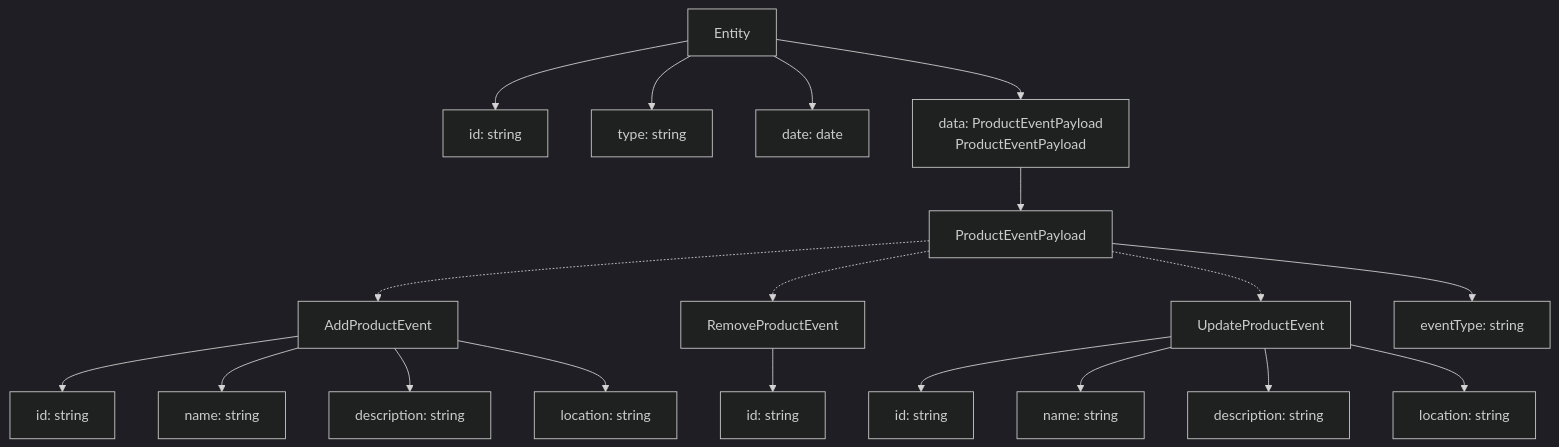
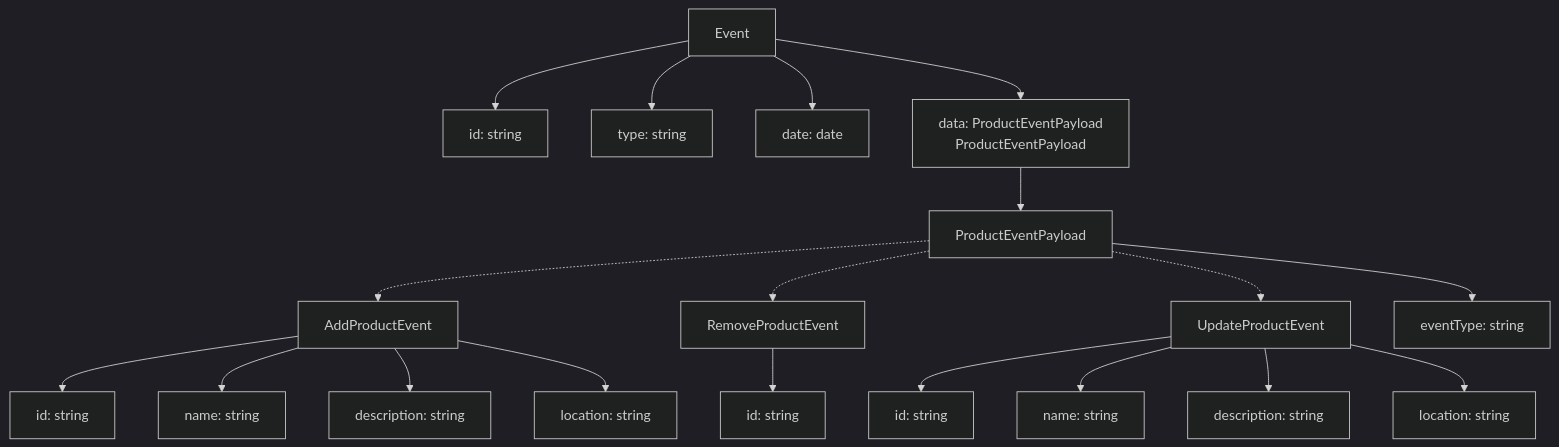
Diagram 13 of 16 in examples/mermaid-examples.md (kothar/zod-mermaid), drawn with Mermaid (dark theme) before and after one commit. The commit also changed other lines of this file, not shown here.

Commit message:
Refactor: Rename Entity to Event in mermaid examples

````diff
--- a/examples/mermaid-examples.md
+++ b/examples/mermaid-examples.md
@@ -307,40 +307,40 @@
 ```mermaid
 flowchart TD
-    Entity["Entity"]
+    Event["Event"]
     ProductEventPayload["ProductEventPayload"]
     AddProductEvent["AddProductEvent"]
     RemoveProductEvent["RemoveProductEvent"]
     UpdateProductEvent["UpdateProductEvent"]
-    Entity_id["id: string"]
-    Entity --> Entity_id["id: string"]
-    Entity_type["type: string"]
-    Entity --> Entity_type["type: string"]
-    Entity_date["date: date"]
-    Entity --> Entity_date["date: date"]
-    Entity_data["data: ProductEventPayload\nProductEventPayload"]
-    Entity --> Entity_data["data: ProductEventPayload\nProductEventPayload"]
-    Entity_data["data: ProductEventPayload\nProductEventPayload"] --> ProductEventPayload
+    Event_id["id: string"]
+    Event --> Event_id["id: string"]
+    Event_type["type: string"]
+    Event --> Event_type["type: string"]
+    Event_date["date: date"]
+    Event --> Event_date["date: date"]
+    Event_data["data: ProductEventPayload\nProductEventPayload"]
+    Event --> Event_data["data: ProductEventPayload\nProductEventPayload"]
+    Event_data["data: ProductEventPayload\nProductEventPayload"] --> ProductEventPayload
     ProductEventPayload_eventType["eventType: string"]
     ProductEventPayload --> ProductEventPayload_eventType["eventType: string"]
     AddProductEvent_id["id: string"]
     AddProductEvent --> AddProductEvent_id["id: string"]
     AddProductEvent_name["name: string"]
     AddProductEvent --> AddProductEvent_name["name: string"]
     AddProductEvent_description["description: string"]
     AddProductEvent --> AddProductEvent_description["description: string"]
     AddProductEvent_location["location: string"]
     AddProductEvent --> AddProductEvent_location["location: string"]
     RemoveProductEvent_id["id: string"]
     RemoveProductEvent --> RemoveProductEvent_id["id: string"]
     UpdateProductEvent_id["id: string"]
     UpdateProductEvent --> UpdateProductEvent_id["id: string"]
     UpdateProductEvent_name["name: string"]
     UpdateProductEvent --> UpdateProductEvent_name["name: string"]
     UpdateProductEvent_description["description: string"]
     UpdateProductEvent --> UpdateProductEvent_description["description: string"]
     UpdateProductEvent_location["location: string"]
     UpdateProductEvent --> UpdateProductEvent_location["location: string"]
     ProductEventPayload -.-> AddProductEvent
     ProductEventPayload -.-> RemoveProductEvent
     ProductEventPayload -.-> UpdateProductEvent
 ```
````
